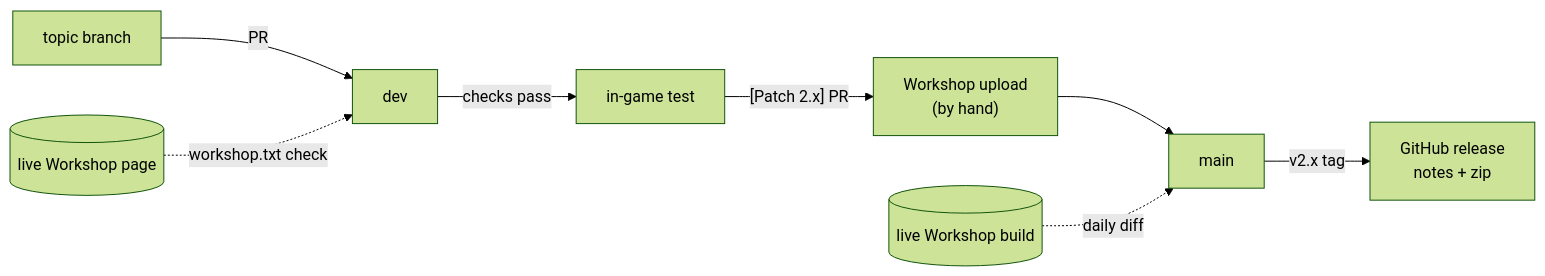
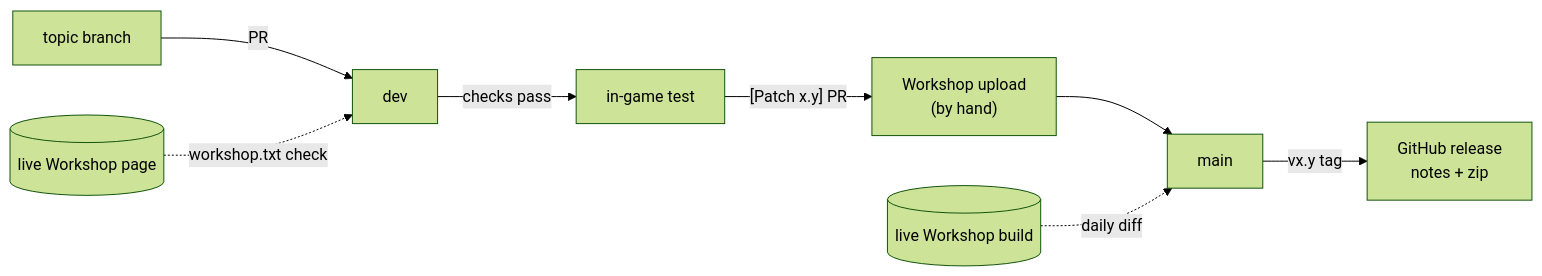
The third of 3 diagrams in ARCHITECTURE.md (mariaalexissales/Bundle-Up), drawn with Mermaid (forest theme) before and after one commit. The commit also changed 1 other file, not shown here.

Commit message:
chore: readme and architecture take any patch version

````diff
--- a/ARCHITECTURE.md
+++ b/ARCHITECTURE.md
@@ -177,10 +177,10 @@
 ```mermaid
 flowchart LR
     topic["topic branch"] -->|PR| dev
     dev -->|"checks pass"| test["in-game test"]
-    test -->|"[Patch 2.x] PR"| upload["Workshop upload<br/>(by hand)"]
+    test -->|"[Patch x.y] PR"| upload["Workshop upload<br/>(by hand)"]
     upload --> main
-    main -->|"v2.x tag"| release["GitHub release<br/>notes + zip"]
+    main -->|"vx.y tag"| release["GitHub release<br/>notes + zip"]
     ws[("live Workshop build")] -.->|"daily diff"| main
     page[("live Workshop page")] -.->|"workshop.txt check"| dev
 ```
````
